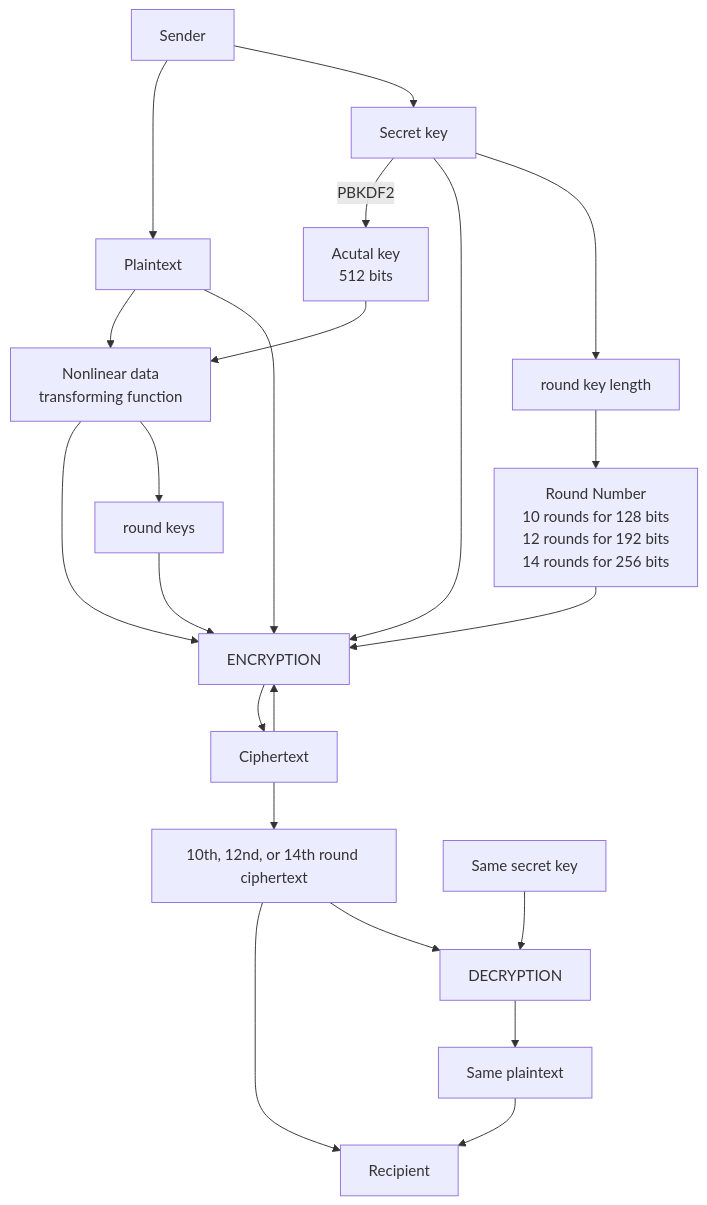
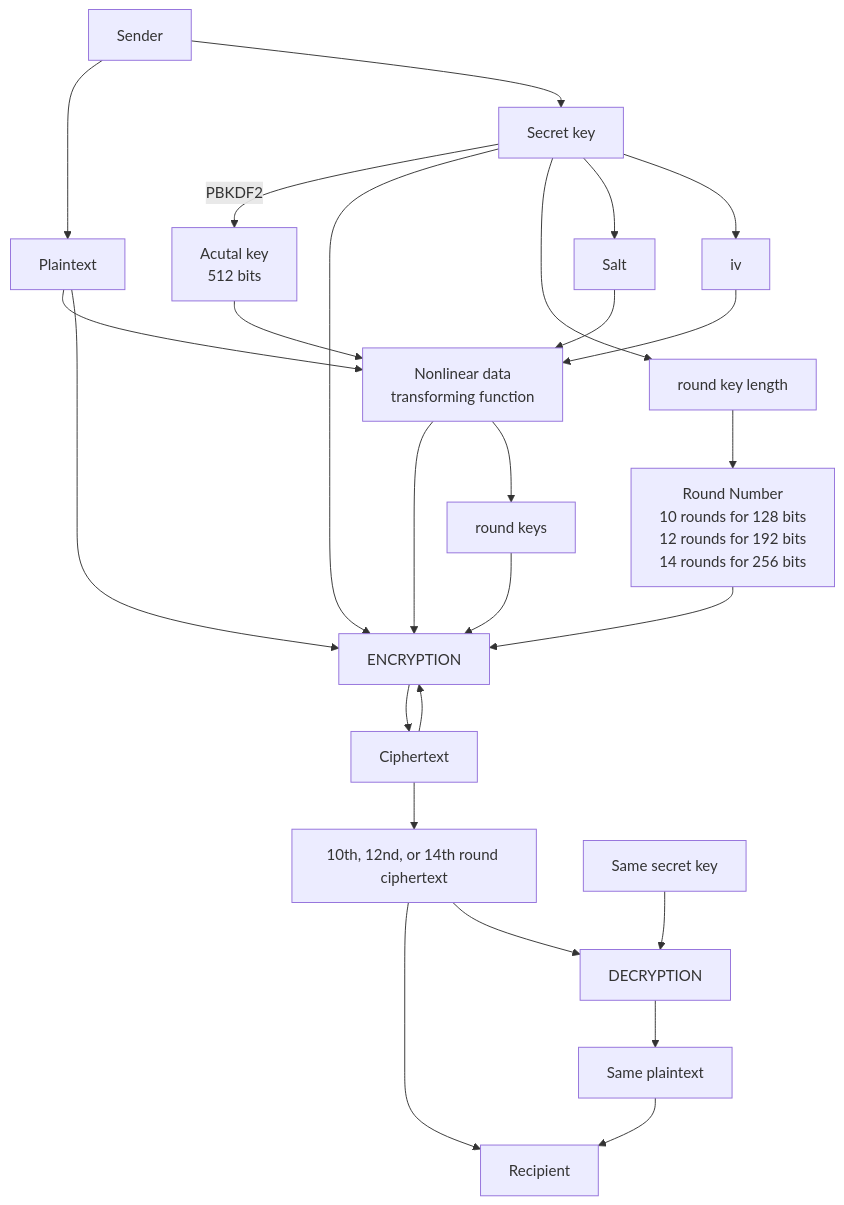
One commit to Kietpawpan/encryption changed the diagram in README.md. Above: the diagram before and after it, drawn with Mermaid.

````diff
--- a/README.md
+++ b/README.md
@@ -5,15 +5,17 @@
 ```mermaid
 flowchart TD
     A[Sender] --> B[Plaintext]-->FC
     C[Secret key]--PBKDF2-->AK[Acutal key\n512 bits]-->FC-->D[ENCRYPTION]-->E[Ciphertext]-->D
     E-->FN[10th, 12nd, or 14th round ciphertext]-->F[Recipient]
     C2[Same secret key]-->G[DECRYPTION]-->I[Same plaintext]-->F
      FN-->G
 A-->C-->D
 RK[round keys]-->D
 C-->RKL[round key length]-->RN[Round Number\n10 rounds for 128 bits\n12 rounds for 192 bits\n14 rounds for 256 bits]-->D
 FC[Nonlinear data \ntransforming function]
 FC-->RK
 B-->D
+C-->SL[Salt]-->FC
+C-->iv[iv]-->FC
 
 ```
````
